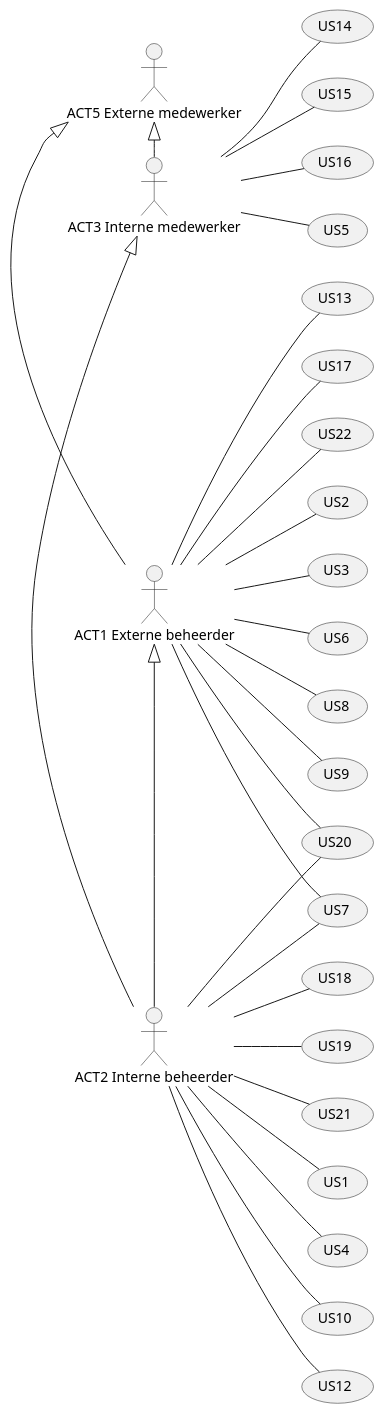
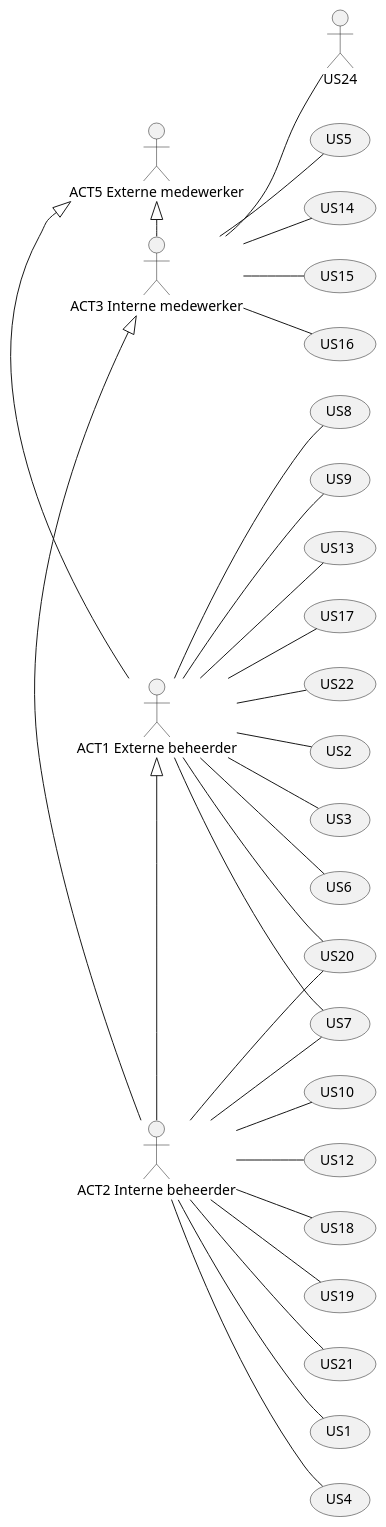
Before and after one commit to DCReceveur/pre-afstudeer-docs: the fifth of 7 diagrams in Documentatie/Functioneel/FunctioneelOntwerp.md, drawn with PlantUML. The commit also changed other lines of this file and 5 other files, not shown here.

````diff
--- a/Documentatie/Functioneel/FunctioneelOntwerp.md
+++ b/Documentatie/Functioneel/FunctioneelOntwerp.md
@@ -495,62 +402,63 @@
 ```puml
 left to right direction
 skinparam packageStyle rect
 
 :ACT1 Externe beheerder: as ACT1
 :ACT2 Interne beheerder: as ACT2
 :ACT3 Interne medewerker: as ACT3
 :ACT5 Externe medewerker: as ACT5
 ACT2-LEFT-|>ACT3
 ACT2-LEFT-|>ACT1
 ACT1-LEFT-|>ACT5
 ACT3-LEFT-|>ACT5
 
 usecase US1
 usecase US2
 usecase US3
 usecase US4
 usecase US5
 usecase US6
 usecase US7
 usecase US8
 usecase US9
 usecase US10
 usecase US12
 usecase US13
 usecase US14
 usecase US15
 usecase US16
 usecase US17
 usecase US18
 usecase US19
 usecase US20
 usecase US21
 usecase US22
 
 ACT2--US1
 ACT1--US2
 ACT1--US3
 ACT2--US4
 ACT3--US5
 ACT1--US6
 ACT1--US7
 ACT2--US7
 
 ACT1--US8
 ACT1--US9
 ACT2--US10
 ACT2--US12
 ACT1--US13
 ACT3--US14
 ACT3--US15
 ACT3--US16
 ACT1--US17
 ACT2--US18
 ACT2--US19
 ACT1--US20
 ACT2--US20
 
 ACT2--US21
 ACT1--US22
+ACT3--US24
 
 ```
````
